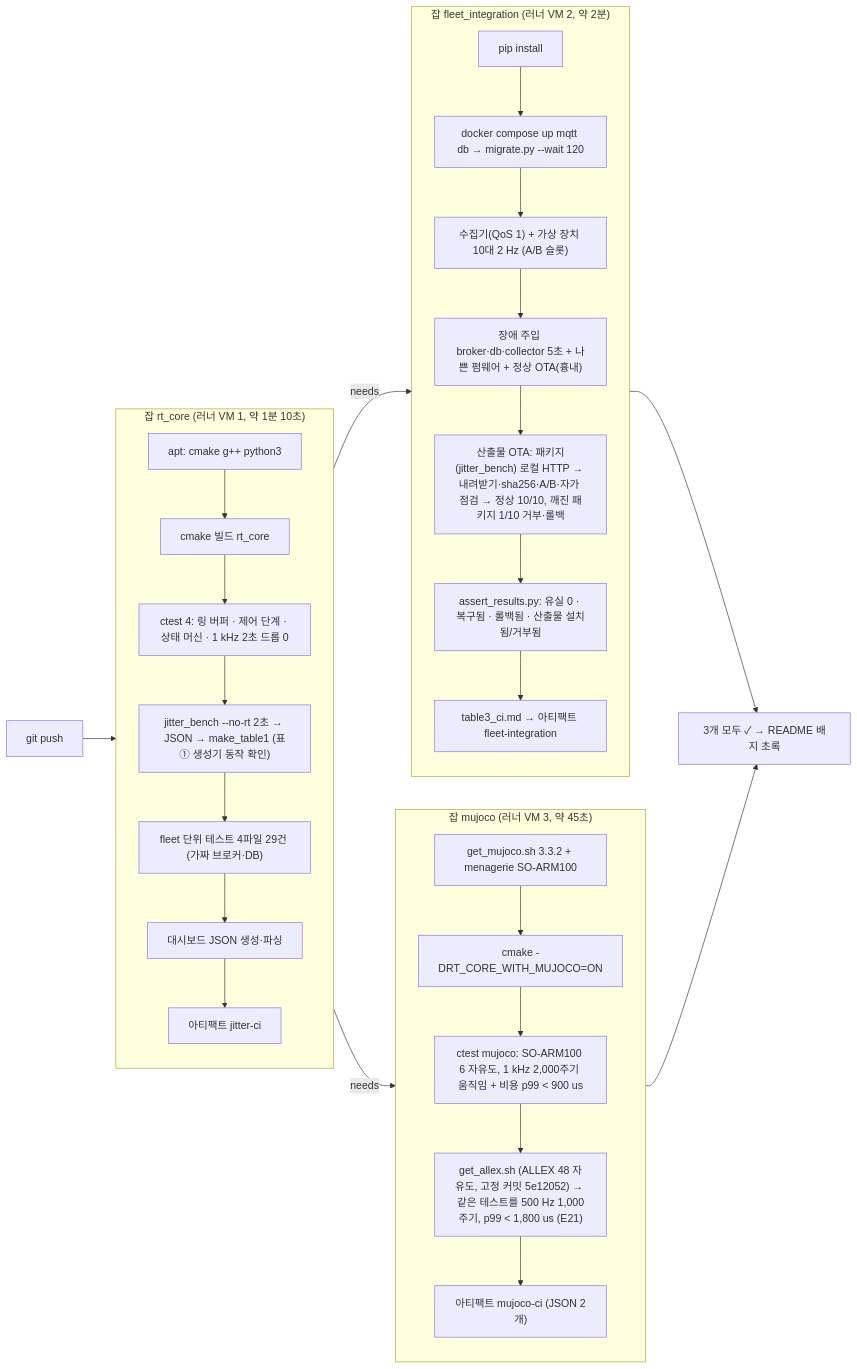
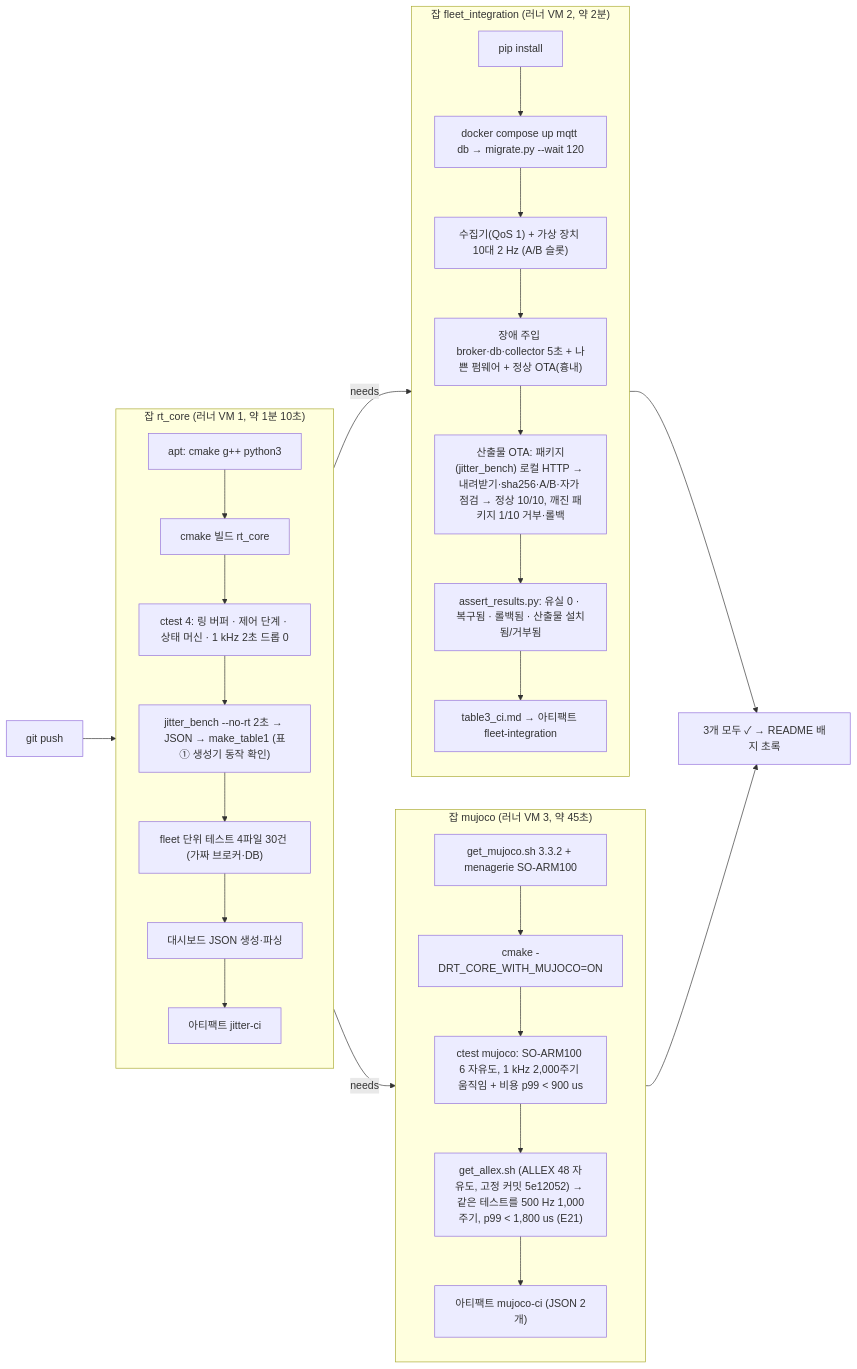
One commit to ohevance/rt-robot-data-infra changed the second of 3 diagrams in docs/ENVIRONMENT.md. Above: the diagram before and after it, drawn with Mermaid. The commit also changed other lines of this file and 23 other files, not shown here.

````diff
--- a/docs/ENVIRONMENT.md
+++ b/docs/ENVIRONMENT.md
@@ -118,26 +118,26 @@
 ```mermaid
 flowchart LR
   P["git push"] --> R1
   subgraph R1["잡 rt_core (러너 VM 1, 약 1분 10초)"]
     direction TB
     a1["apt: cmake g++ python3"] --> a2["cmake 빌드 rt_core"] --> a3["ctest 4: 링 버퍼 · 제어 단계 · 상태 머신 · 1 kHz 2초 드롭 0"]
     a3 --> a4["jitter_bench --no-rt 2초 → JSON → make_table1 (표① 생성기 동작 확인)"]
-    a4 --> a5["fleet 단위 테스트 4파일 29건 (가짜 브로커·DB)"] --> a6["대시보드 JSON 생성·파싱"] --> a7["아티팩트 jitter-ci"]
+    a4 --> a5["fleet 단위 테스트 4파일 30건 (가짜 브로커·DB)"] --> a6["대시보드 JSON 생성·파싱"] --> a7["아티팩트 jitter-ci"]
   end
   R1 -- needs --> R2
   R1 -- needs --> R3
   subgraph R2["잡 fleet_integration (러너 VM 2, 약 2분)"]
     direction TB
     b1["pip install"] --> b2["docker compose up mqtt db → migrate.py --wait 120"]
     b2 --> b3["수집기(QoS 1) + 가상 장치 10대 2 Hz (A/B 슬롯)"] --> b4["장애 주입 broker·db·collector 5초 + 나쁜 펌웨어 + 정상 OTA(흉내)"]
     b4 --> b4b["산출물 OTA: 패키지(jitter_bench) 로컬 HTTP → 내려받기·sha256·A/B·자가 점검 → 정상 10/10, 깨진 패키지 1/10 거부·롤백"]
     b4b --> b5["assert_results.py: 유실 0 · 복구됨 · 롤백됨 · 산출물 설치됨/거부됨"] --> b6["table3_ci.md → 아티팩트 fleet-integration"]
   end
   subgraph R3["잡 mujoco (러너 VM 3, 약 45초)"]
     direction TB
     c1["get_mujoco.sh 3.3.2 + menagerie SO-ARM100"] --> c2["cmake -DRT_CORE_WITH_MUJOCO=ON"] --> c3["ctest mujoco: SO-ARM100 6 자유도, 1 kHz 2,000주기 움직임 + 비용 p99 < 900 us"]
     c3 --> c3b["get_allex.sh (ALLEX 48 자유도, 고정 커밋 5e12052) → 같은 테스트를 500 Hz 1,000주기, p99 < 1,800 us (E21)"] --> c4["아티팩트 mujoco-ci (JSON 2개)"]
   end
   R2 --> OK["3개 모두 ✓ → README 배지 초록"]
   R3 --> OK
 ```
````
